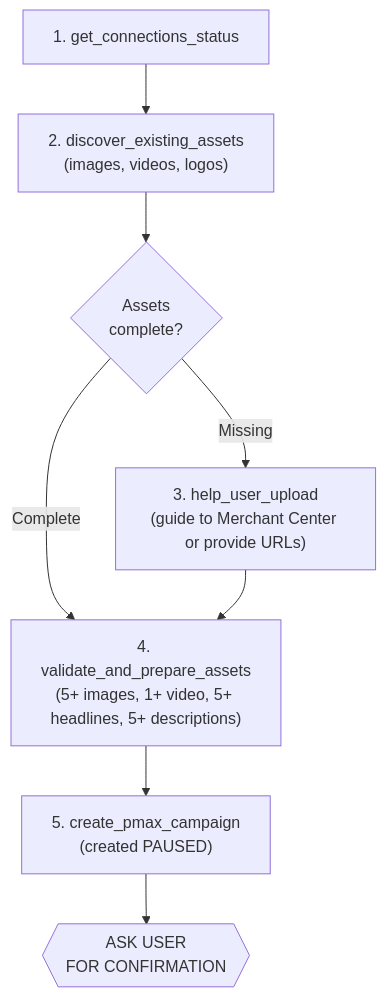
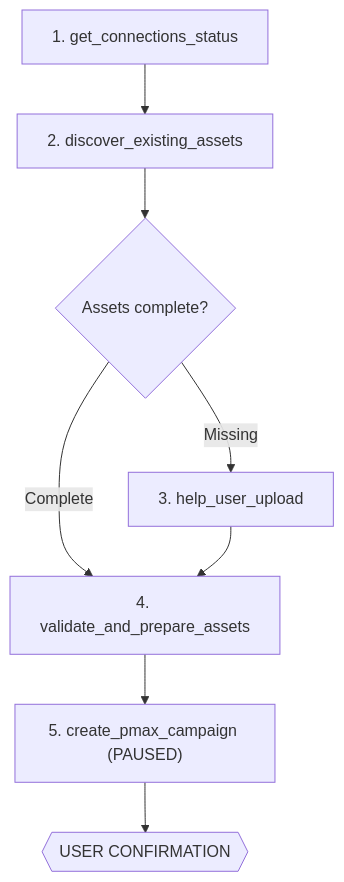
One commit to Adspirer/docs changed the third of 8 diagrams in agent-skills/workflows.mdx. Above: the diagram before and after it, drawn with Mermaid. The commit also changed other lines of this file and 1 other file, not shown here.

First line of the commit message:
Fix Mermaid diagrams and restore plain-text tool sequences for LLM readability

````diff
--- a/agent-skills/workflows.mdx
+++ b/agent-skills/workflows.mdx
@@ -76,10 +106,10 @@
 ```mermaid
 flowchart TD
-    A["1. get_connections_status"] --> B["2. discover_existing_assets\n(images, videos, logos)"]
-    B --> C{"Assets\ncomplete?"}
-    C -->|Missing| D["3. help_user_upload\n(guide to Merchant Center or provide URLs)"]
-    C -->|Complete| E["4. validate_and_prepare_assets\n(5+ images, 1+ video, 5+ headlines, 5+ descriptions)"]
+    A["1. get_connections_status"] --> B["2. discover_existing_assets"]
+    B --> C{"Assets complete?"}
+    C -->|Missing| D["3. help_user_upload"]
+    C -->|Complete| E["4. validate_and_prepare_assets"]
     D --> E
-    E --> F["5. create_pmax_campaign\n(created PAUSED)"]
-    F --> G{{"ASK USER\nFOR CONFIRMATION"}}
+    E --> F["5. create_pmax_campaign (PAUSED)"]
+    F --> G{{"USER CONFIRMATION"}}
 ```
````
